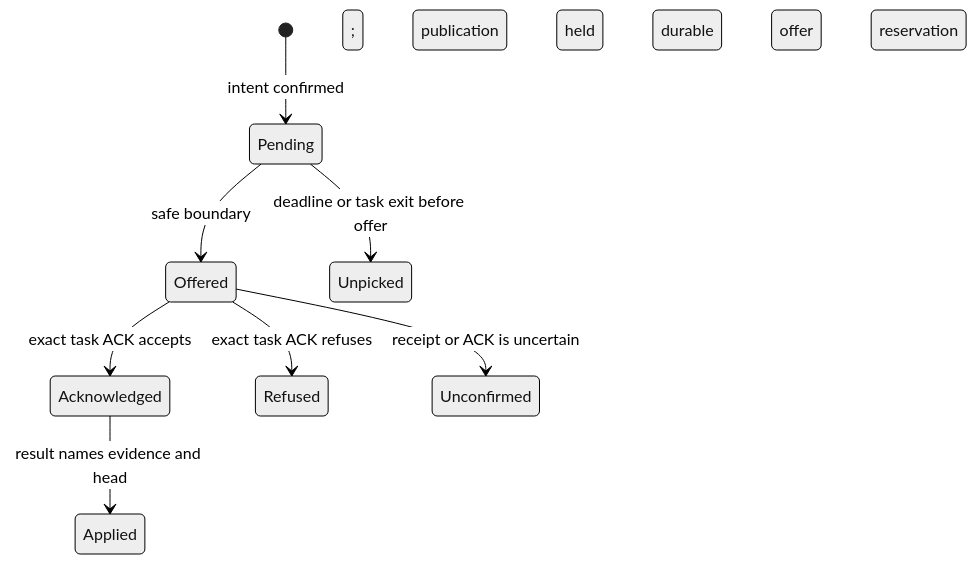
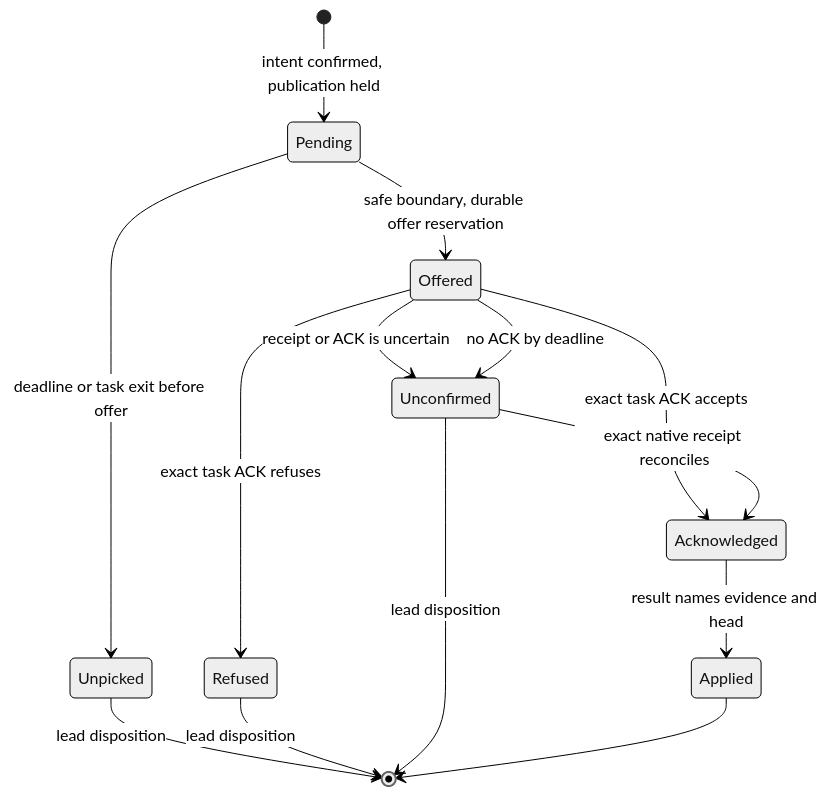
The diagram in .agents/sagas/distributed-dev-env/designs/037-work-order-amendments-and-pr-fix-rounds.md (thaynes43/dev-env), drawn with Mermaid (neutral theme) before and after one commit. The commit also changed other lines of this file, not shown here.

````diff
--- a/.agents/sagas/distributed-dev-env/designs/037-work-order-amendments-and-pr-fix-rounds.md
+++ b/.agents/sagas/distributed-dev-env/designs/037-work-order-amendments-and-pr-fix-rounds.md
@@ -200,10 +235,16 @@
 ```mermaid
 stateDiagram-v2
-    [*] --> Pending: intent confirmed; publication held
-    Pending --> Offered: safe boundary; durable offer reservation
+    [*] --> Pending: intent confirmed, publication held
+    Pending --> Offered: safe boundary, durable offer reservation
     Offered --> Acknowledged: exact task ACK accepts
     Offered --> Refused: exact task ACK refuses
     Pending --> Unpicked: deadline or task exit before offer
     Offered --> Unconfirmed: receipt or ACK is uncertain
+    Offered --> Unconfirmed: no ACK by deadline
+    Unconfirmed --> Acknowledged: exact native receipt reconciles
     Acknowledged --> Applied: result names evidence and head
+    Unpicked --> [*]: lead disposition
+    Refused --> [*]: lead disposition
+    Unconfirmed --> [*]: lead disposition
+    Applied --> [*]
 ```
````
